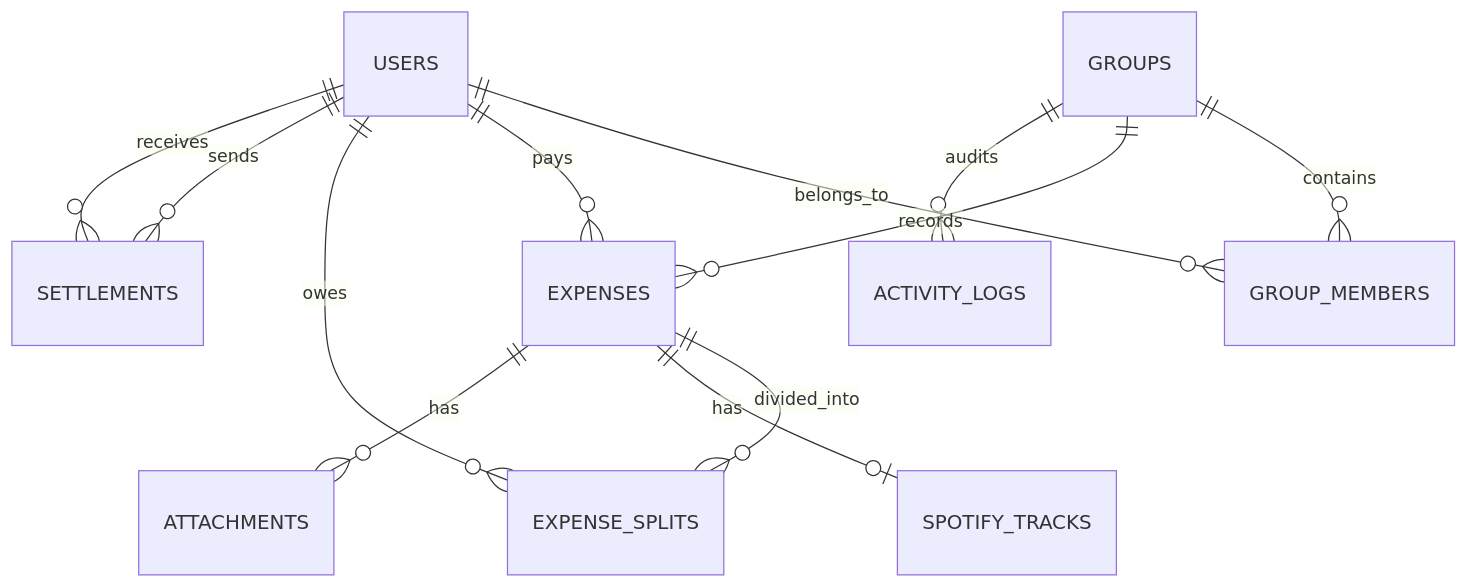
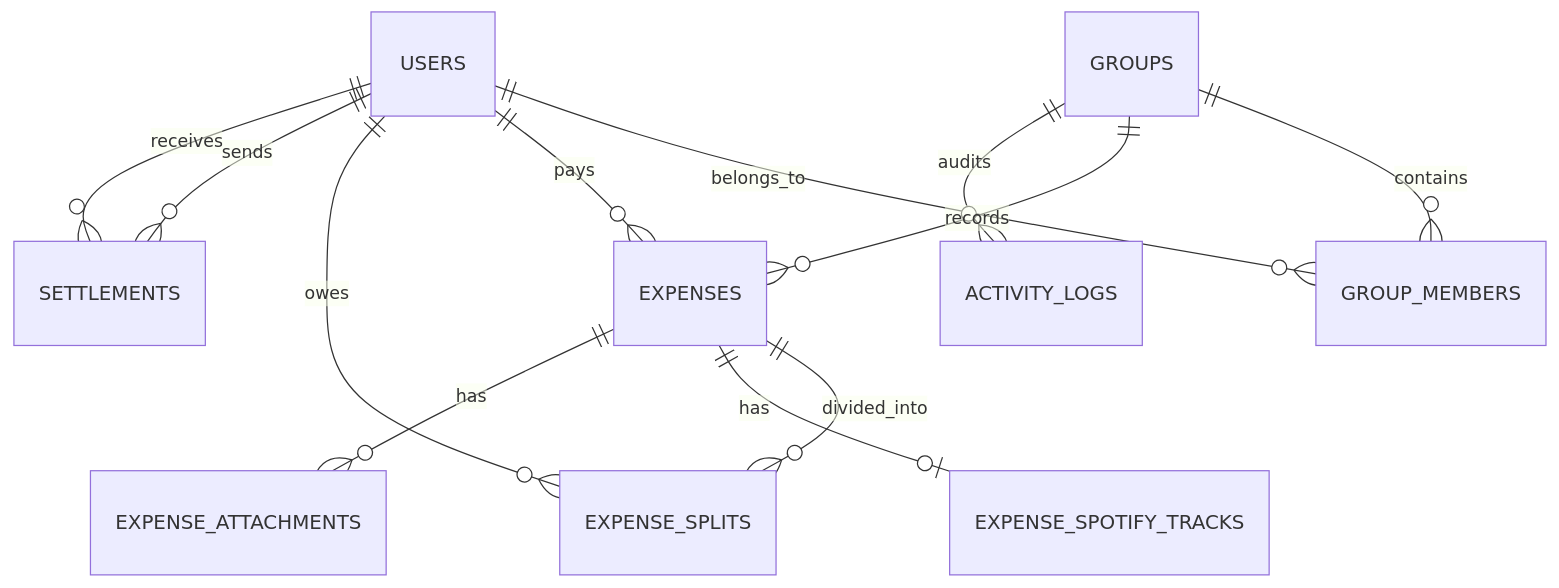
Before and after one commit to abhaybansal0322/smart-expense-splitter: the second of 2 diagrams in README.md, drawn with Mermaid. The commit also changed other lines of this file and 10 other files, not shown here.

````diff
--- a/README.md
+++ b/README.md
@@ -117,14 +154,14 @@
 ```mermaid
 erDiagram
     USERS ||--o{ GROUP_MEMBERS : belongs_to
     GROUPS ||--o{ GROUP_MEMBERS : contains
     GROUPS ||--o{ EXPENSES : records
     USERS ||--o{ EXPENSES : pays
     EXPENSES ||--o{ EXPENSE_SPLITS : divided_into
     USERS ||--o{ EXPENSE_SPLITS : owes
-    EXPENSES ||--o| SPOTIFY_TRACKS : has
-    EXPENSES ||--o{ ATTACHMENTS : has
+    EXPENSES ||--o| EXPENSE_SPOTIFY_TRACKS : has
+    EXPENSES ||--o{ EXPENSE_ATTACHMENTS : has
     USERS ||--o{ SETTLEMENTS : sends
     USERS ||--o{ SETTLEMENTS : receives
     GROUPS ||--o{ ACTIVITY_LOGS : audits
 ```
````
